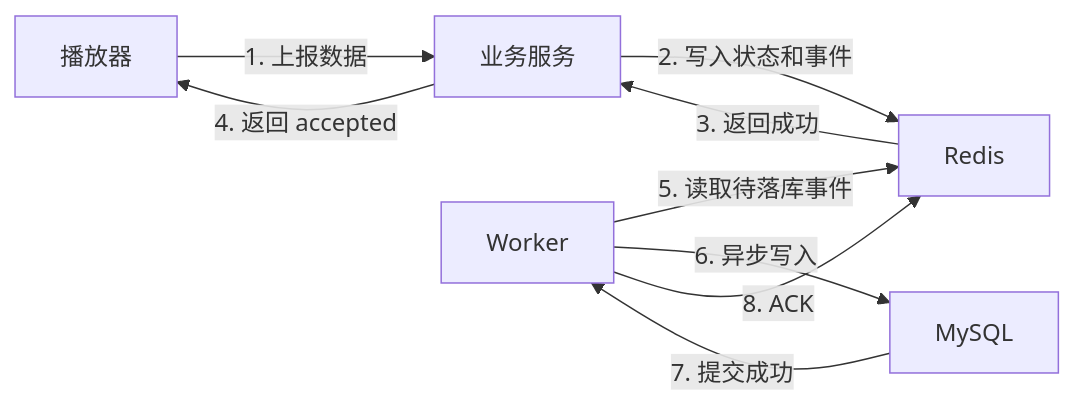
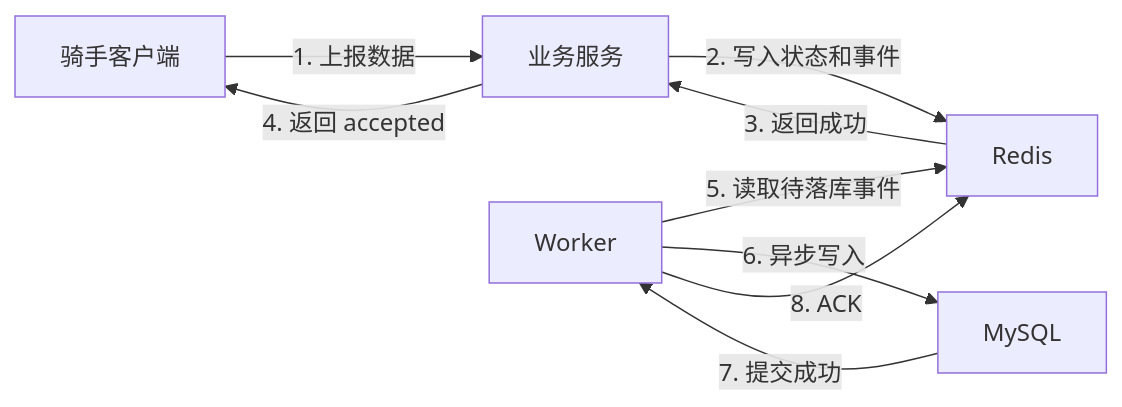
Before and after one commit to zdl20251023-pixel/agent-frame: the fourth of 27 diagrams in docs/redis/126-redis-4种缓存模式-分享版-极简版.md, drawn with Mermaid. The commit also changed other lines of this file, not shown here.

````diff
--- a/docs/redis/126-redis-4种缓存模式-分享版-极简版.md
+++ b/docs/redis/126-redis-4种缓存模式-分享版-极简版.md
@@ -81,17 +81,17 @@
 ```mermaid
 flowchart LR
-    Client[播放器]
+    Client[骑手客户端]
     Service[业务服务]
     Redis[Redis]
     Worker[Worker]
     MySQL[MySQL]
 
     Client -->|1. 上报数据| Service
     Service -->|2. 写入状态和事件| Redis
     Redis -->|3. 返回成功| Service
     Service -->|4. 返回 accepted| Client
     Worker -->|5. 读取待落库事件| Redis
     Worker -->|6. 异步写入| MySQL
     MySQL -->|7. 提交成功| Worker
     Worker -->|8. ACK| Redis
 ```
````
